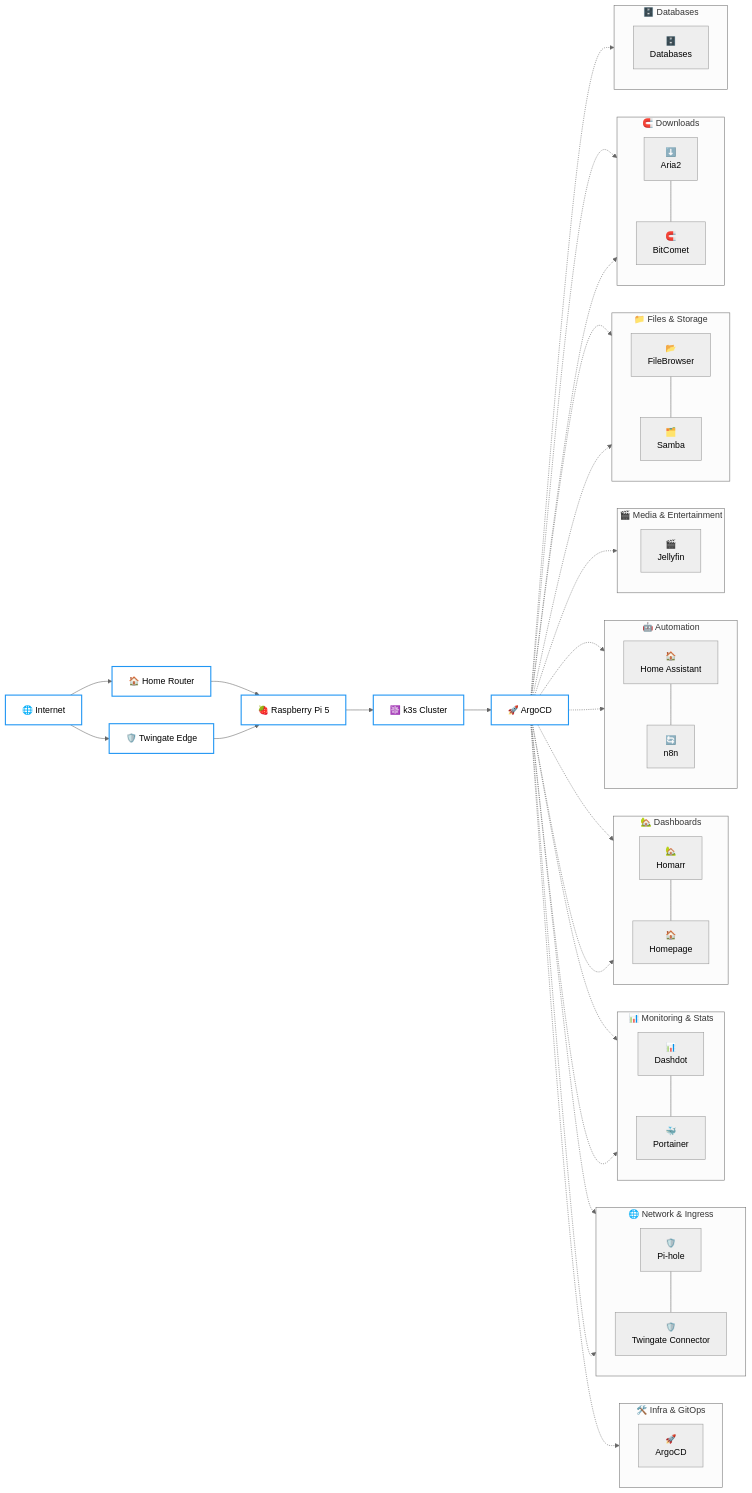
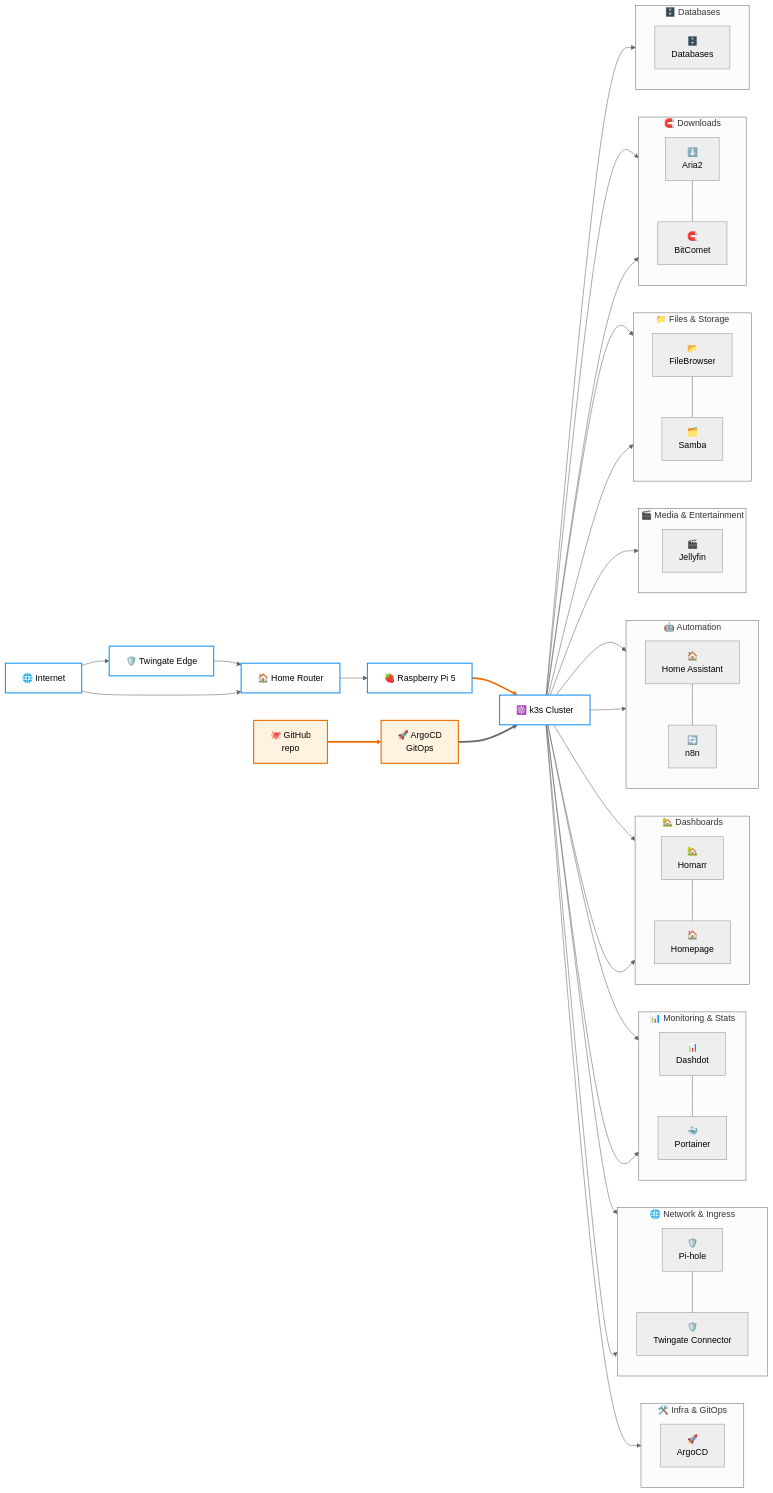
One commit to Thre4dripper/Home-Server-Lab changed the diagram in k3s/README.md. Above: the diagram before and after it, drawn with Mermaid (neutral theme). The commit also changed 1 other file, not shown here.

Commit message:
Refine k3s architecture diagram and GitOps flow

````diff
--- a/k3s/README.md
+++ b/k3s/README.md
@@ -79,22 +79,26 @@
 ```mermaid
 graph LR
+    %% ── Access path (user → service) ───────────────────────────
     Internet[🌐 Internet]
     Twingate[🛡️ Twingate Edge]
     Router[🏠 Home Router]
     Pi[🍓 Raspberry Pi 5]
     K3s[☸️ k3s Cluster]
-    ArgoCD[🚀 ArgoCD]
 
-    Internet --> Twingate
-    Internet --> Router --> Pi --> K3s
-    Twingate --> Pi
-    K3s --> ArgoCD
+    Internet --> Twingate --> Router
+    Internet --> Router
+    Router --> Pi --> K3s
+
+    %% ── GitOps deployment branch (parallel to access path) ────
+    GitHub[🐙 GitHub<br/>repo]
+    ArgoCD[🚀 ArgoCD<br/>GitOps]
+    GitHub ==> ArgoCD ==> K3s
 
     subgraph InfraGitOps["🛠️ Infra & GitOps"]
         direction TB
         argocd[🚀<br/>ArgoCD]
     end
-    ArgoCD -.-> argocd
+    K3s --> argocd
 
     subgraph NetworkIngress["🌐 Network & Ingress"]
         direction TB
@@ -102,8 +106,8 @@
         twingate[🛡️<br/>Twingate Connector]
         pihole --- twingate
     end
-    ArgoCD -.-> pihole
-    ArgoCD -.-> twingate
+    K3s --> pihole
+    K3s --> twingate
 
     subgraph MonitoringStats["📊 Monitoring & Stats"]
         direction TB
@@ -111,8 +115,8 @@
         portainer[🐳<br/>Portainer]
         dashdot --- portainer
     end
-    ArgoCD -.-> dashdot
-    ArgoCD -.-> portainer
+    K3s --> dashdot
+    K3s --> portainer
 
     subgraph Dashboards["🏡 Dashboards"]
         direction TB
@@ -120,8 +124,8 @@
         homepage[🏠<br/>Homepage]
         homarr --- homepage
     end
-    ArgoCD -.-> homarr
-    ArgoCD -.-> homepage
+    K3s --> homarr
+    K3s --> homepage
 
     subgraph Automation["🤖 Automation"]
         direction TB
@@ -129,14 +133,14 @@
         n8n[🔄<br/>n8n]
         homeassistant --- n8n
     end
-    ArgoCD -.-> homeassistant
-    ArgoCD -.-> n8n
+    K3s --> homeassistant
+    K3s --> n8n
 
     subgraph MediaEntertainment["🎬 Media & Entertainment"]
         direction TB
         jellyfin[🎬<br/>Jellyfin]
     end
-    ArgoCD -.-> jellyfin
+    K3s --> jellyfin
 
     subgraph FilesStorage["📁 Files & Storage"]
         direction TB
@@ -144,8 +148,8 @@
         samba[🗂️<br/>Samba]
         filebrowser --- samba
     end
-    ArgoCD -.-> filebrowser
-    ArgoCD -.-> samba
+    K3s --> filebrowser
+    K3s --> samba
 
     subgraph Downloads["🧲 Downloads"]
         direction TB
@@ -153,15 +157,19 @@
         bitcomet[🧲<br/>BitComet]
         aria2 --- bitcomet
     end
-    ArgoCD -.-> aria2
-    ArgoCD -.-> bitcomet
+    K3s --> aria2
+    K3s --> bitcomet
 
     subgraph Databases["🗄️ Databases"]
         direction TB
         databases[🗄️<br/>Databases]
     end
-    ArgoCD -.-> databases
+    K3s --> databases
 
     classDef coreInfra fill:#ffffff,stroke:#2196f3,stroke-width:2px,color:#000000
-    class Internet,Twingate,Router,Pi,K3s,ArgoCD coreInfra
+    classDef gitops fill:#fff3e0,stroke:#ef6c00,stroke-width:2px,color:#000000
+    class Internet,Twingate,Router,Pi,K3s coreInfra
+    class GitHub,ArgoCD gitops
+    linkStyle 4 stroke:#ef6c00,stroke-width:3px
+    linkStyle 5 stroke:#ef6c00,stroke-width:3px
 ```
````
